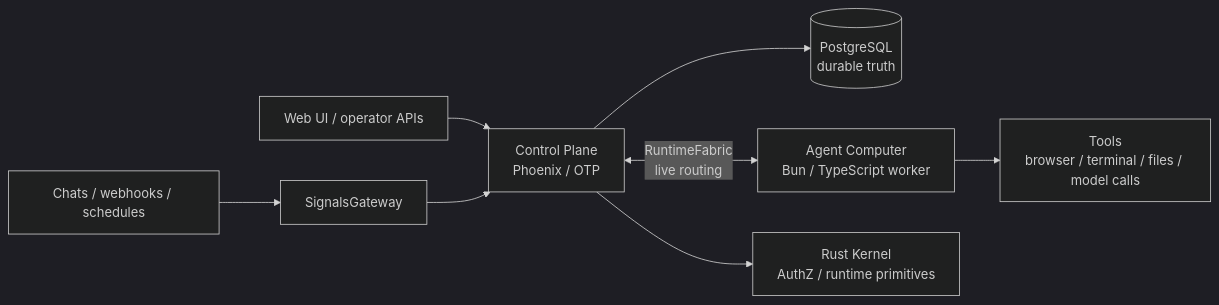
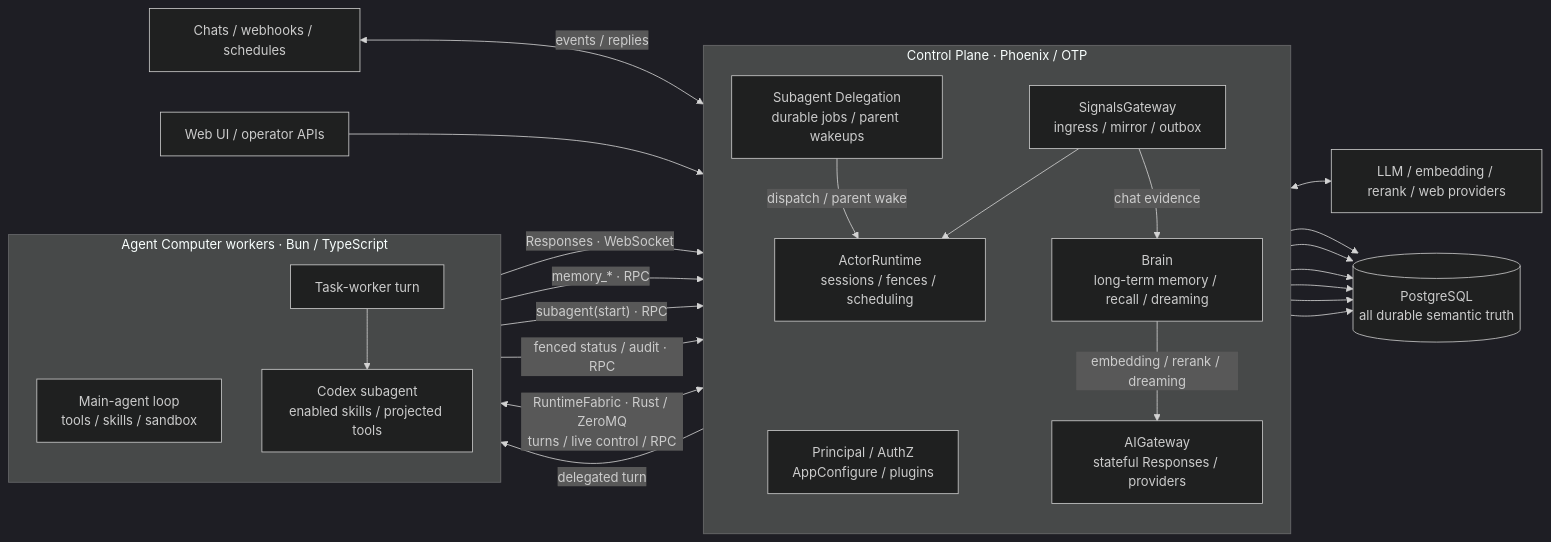
One commit to AgentBull/ankole changed the diagram in README.ja.md. Above: the diagram before and after it, drawn with Mermaid (dark theme). The commit also changed other lines of this file and 249 other files, not shown here.

````diff
--- a/README.ja.md
+++ b/README.ja.md
@@ -66,13 +66,42 @@
 ```mermaid
 flowchart LR
-  Providers["Chats / webhooks / schedules"] --> SG["SignalsGateway"]
-  Console["Web UI / operator APIs"] --> CP["Control Plane<br/>Phoenix / OTP"]
+  subgraph CP["Control Plane · Phoenix / OTP"]
+    direction TB
+    Platform["Principal / AuthZ<br/>AppConfigure / plugins"]
+    SG["SignalsGateway<br/>ingress / mirror / outbox"]
+    AR["ActorRuntime<br/>sessions / fences / scheduling"]
+    AI["AIGateway<br/>stateful Responses / providers"]
+    Brain["Brain<br/>long-term memory / recall / dreaming"]
+    Delegation["Subagent Delegation<br/>durable jobs / parent wakeups"]
 
-  SG --> CP
-  CP --> PG[("PostgreSQL<br/>durable truth")]
+    SG --> AR
+    SG -->|"chat evidence"| Brain
+    Brain -->|"embedding / rerank / dreaming"| AI
+    Delegation -->|"dispatch / parent wake"| AR
+  end
 
-  CP <-->|"RuntimeFabric<br/>live routing"| Worker["Agent Computer<br/>Bun / TypeScript worker"]
+  subgraph AC["Agent Computer workers · Bun / TypeScript"]
+    direction TB
+    Main["Main-agent loop<br/>tools / skills / sandbox"]
+    Task["Task-worker turn"]
+    Codex["Codex subagent<br/>enabled skills / projected tools"]
+    Task --> Codex
+  end
 
-  Worker --> Tools["Tools<br/>browser / terminal / files / model calls"]
-  CP --> Kernel["Rust Kernel<br/>AuthZ / runtime primitives"]
+  Channels["Chats / webhooks / schedules"] <-->|"events / replies"| SG
+  Console["Web UI / operator APIs"] --> Platform
+  AR <-->|"RuntimeFabric · Rust / ZeroMQ<br/>turns / live control / RPC"| Main
+  Main -->|"Responses · WebSocket"| AI
+  Main -->|"memory_* · RPC"| Brain
+  Main -->|"subagent(start) · RPC"| Delegation
+  AR -->|"delegated turn"| Task
+  Task -->|"fenced status / audit · RPC"| Delegation
+  AI <--> Models["LLM / embedding / rerank / web providers"]
+
+  Platform --> PG[("PostgreSQL<br/>all durable semantic truth")]
+  SG --> PG
+  AR --> PG
+  AI --> PG
+  Brain --> PG
+  Delegation --> PG
 ```
````
